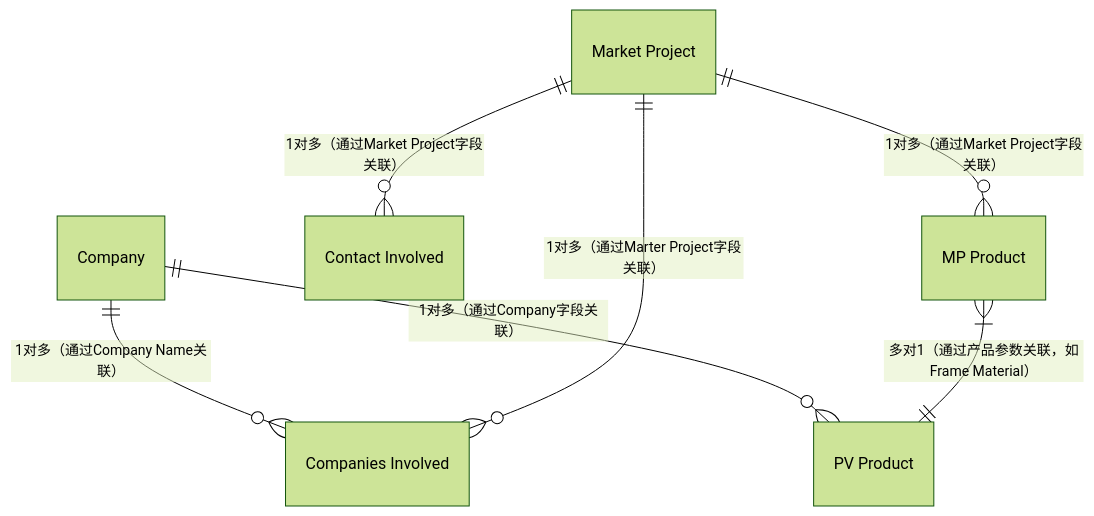
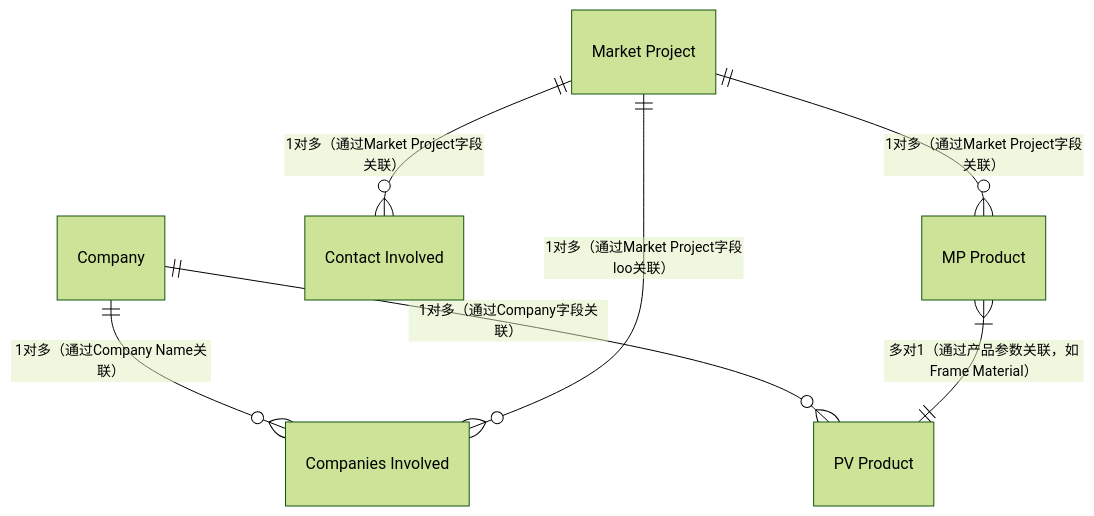
The diagram in all/未命名.md (zhangziru-33/iodraw-files), drawn with Mermaid (forest theme) before and after one commit.

Commit message:
2025-12-04 10:57:46 update

````diff
--- a/all/未命名.md
+++ b/all/未命名.md
@@ -1,10 +1,10 @@
 ```mermaid
 erDiagram
     Company ||--o{ "Companies Involved" : "1对多（通过Company Name关联）"
     Company ||--o{ "PV Product" : "1对多（通过Company字段关联）"
-    "Market Project" ||--o{ "Companies Involved" : "1对多（通过Marter Project字段关联）"
+    "Market Project" ||--o{ "Companies Involved" : "1对多（通过Market Project字段loo关联）"
     "Market Project" ||--o{ "Contact Involved" : "1对多（通过Market Project字段关联）"
     "Market Project" ||--o{ "MP Product" : "1对多（通过Market Project字段关联）"
     "MP Product" }|--|| "PV Product" : "多对1（通过产品参数关联，如Frame Material）"
     
 ```
````
